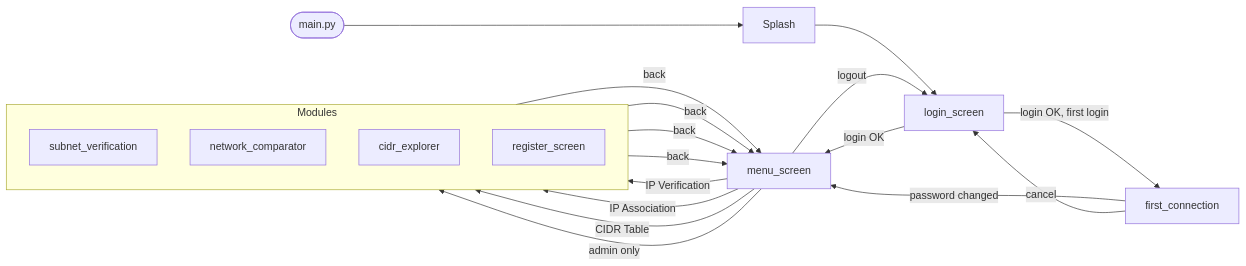
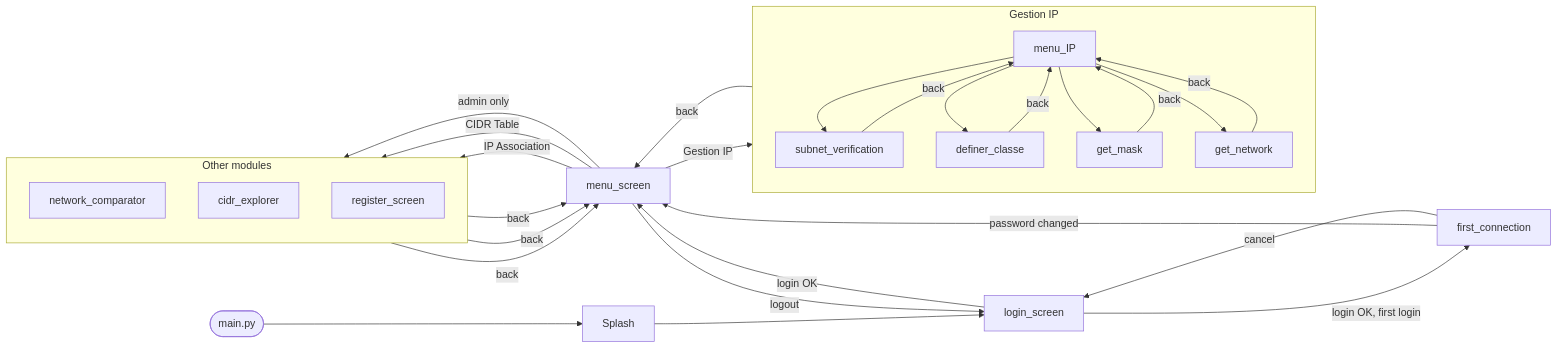
Before and after one commit to xen0r-star/IpCrypt: the first of 2 diagrams in README.md, drawn with Mermaid. The commit also changed other lines of this file and 3 other files, not shown here.

````diff
--- a/README.md
+++ b/README.md
@@ -99,29 +108,39 @@
 ```mermaid
 flowchart LR
     A([main.py]) --> B[Splash]
     B --> C[login_screen]
 
     C -->|login OK, first login| FC[first_connection]
     C -->|login OK| D[menu_screen]
     FC -->|password changed| D
     FC -->|cancel| C
     D -->|logout| C
 
-    subgraph modules["Modules"]
+    subgraph iptools["Gestion IP"]
         direction TB
+        MIP[menu_IP]
         F[subnet_verification]
+        DC[definer_classe]
+        GM[get_mask]
+        GN[get_network]
+        MIP --> F & DC & GM & GN
+    end
+
+    subgraph other["Other modules"]
+        direction TB
         G[network_comparator]
         H[cidr_explorer]
         E[register_screen]
     end
 
-    D -->|IP Verification| F
+    D -->|Gestion IP| MIP
     D -->|IP Association| G
     D -->|CIDR Table| H
     D -->|admin only| E
 
-    F -->|back| D
+    F & DC & GM & GN -->|back| MIP
+    MIP -->|back| D
     G -->|back| D
     H -->|back| D
     E -->|back| D
 ```
````
